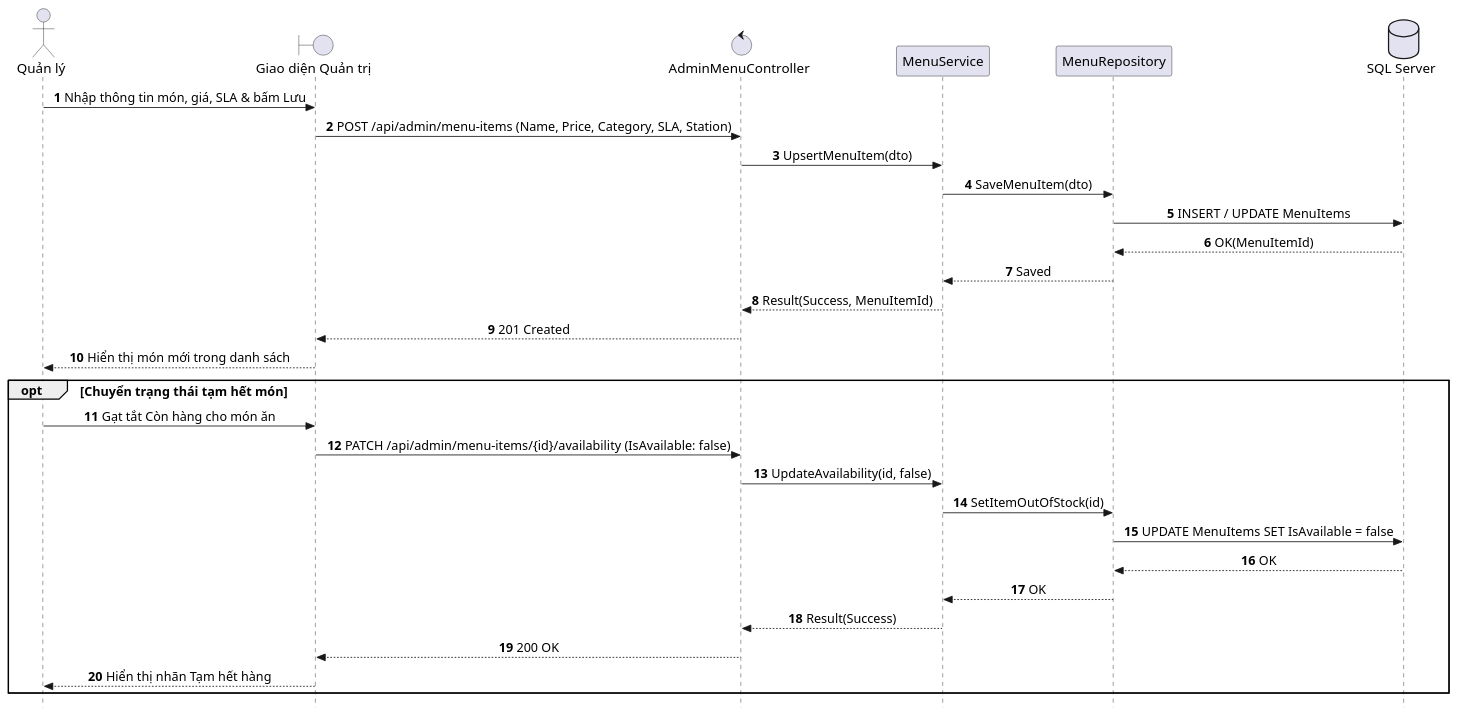
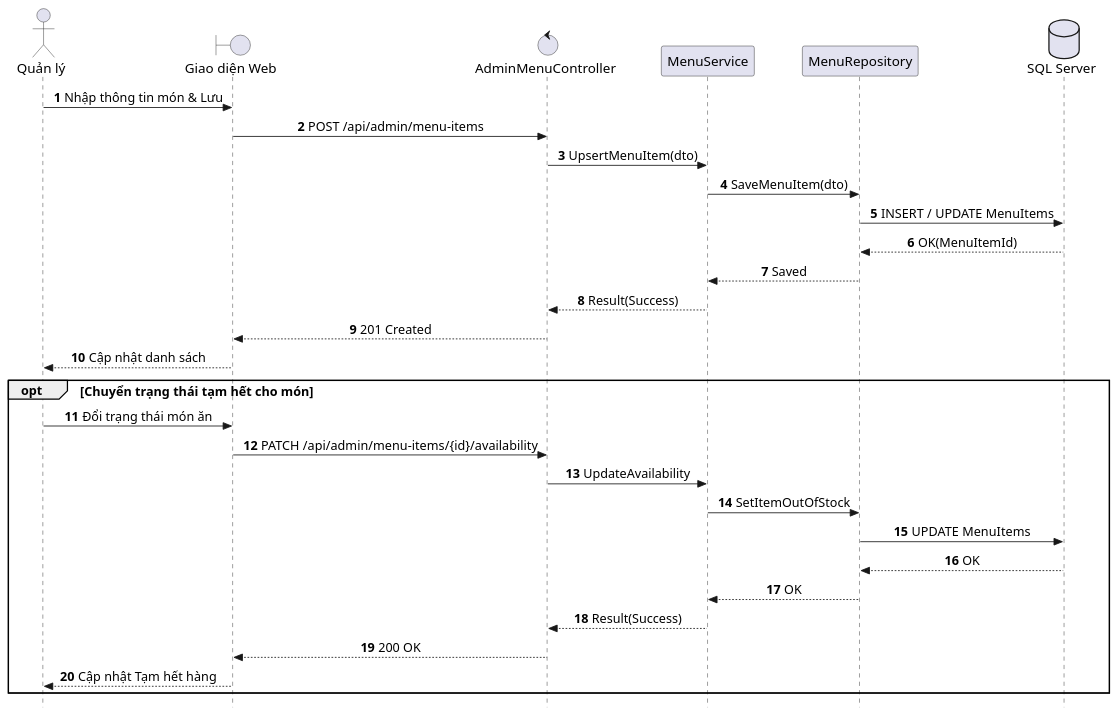
Before and after one commit to AndrewQng/VinDining: the diagram in docs/use-cases/UC-A1_Quan_Tri_Thuc_Don_Va_SLA.md, drawn with PlantUML. The commit also changed other lines of this file and 87 other files, not shown here.

Commit message:
docs: add phase 1 use case specifications, sequence diagrams, and architecture diagrams

````diff
--- a/docs/use-cases/UC-A1_Quan_Tri_Thuc_Don_Va_SLA.md
+++ b/docs/use-cases/UC-A1_Quan_Tri_Thuc_Don_Va_SLA.md
@@ -1,46 +26,46 @@
 ```plantuml
-@startuml SD_UC_A1_Menu_PrepSLA
+﻿@startuml SD_UC_A1_Menu_PrepSLA
 autonumber
 skinparam style strictuml
 skinparam sequenceMessageAlign center
 skinparam responseMessageBelowArrow true
 skinparam defaultFontName "Segoe UI", Arial, sans-serif
 skinparam defaultFontSize 16
 skinparam sequenceActorFontSize 16
 skinparam sequenceParticipantFontSize 16
 skinparam sequenceArrowFontSize 15
 skinparam sequenceGroupFontSize 15
 skinparam sequenceGroupHeaderFontSize 15
 
 actor "Quản lý" as Manager
-boundary "Giao diện Quản trị" as UI
+boundary "Giao diện Web" as UI
 control "AdminMenuController" as Controller
 participant "MenuService" as Service
 participant "MenuRepository" as Repo
 database "SQL Server" as DB
 
-Manager -> UI: Nhập thông tin món, giá, SLA & bấm Lưu
-UI -> Controller: POST /api/admin/menu-items (Name, Price, Category, SLA, Station)
+Manager -> UI: Nhập thông tin món & Lưu
+UI -> Controller: POST /api/admin/menu-items
 Controller -> Service: UpsertMenuItem(dto)
 Service -> Repo: SaveMenuItem(dto)
 Repo -> DB: INSERT / UPDATE MenuItems
 DB --> Repo: OK(MenuItemId)
 Repo --> Service: Saved
-Service --> Controller: Result(Success, MenuItemId)
+Service --> Controller: Result(Success)
 Controller --> UI: 201 Created
-UI --> Manager: Hiển thị món mới trong danh sách
+UI --> Manager: Cập nhật danh sách
 
-opt Chuyển trạng thái tạm hết món
-    Manager -> UI: Gạt tắt Còn hàng cho món ăn
-    UI -> Controller: PATCH /api/admin/menu-items/{id}/availability (IsAvailable: false)
-    Controller -> Service: UpdateAvailability(id, false)
-    Service -> Repo: SetItemOutOfStock(id)
-    Repo -> DB: UPDATE MenuItems SET IsAvailable = false
+opt Chuyển trạng thái tạm hết cho món
+    Manager -> UI: Đổi trạng thái món ăn
+    UI -> Controller: PATCH /api/admin/menu-items/{id}/availability
+    Controller -> Service: UpdateAvailability
+    Service -> Repo: SetItemOutOfStock
+    Repo -> DB: UPDATE MenuItems
     DB --> Repo: OK
     Repo --> Service: OK
     Service --> Controller: Result(Success)
     Controller --> UI: 200 OK
-    UI --> Manager: Hiển thị nhãn Tạm hết hàng
+    UI --> Manager: Cập nhật Tạm hết hàng
 end
 @enduml
 ```
````
